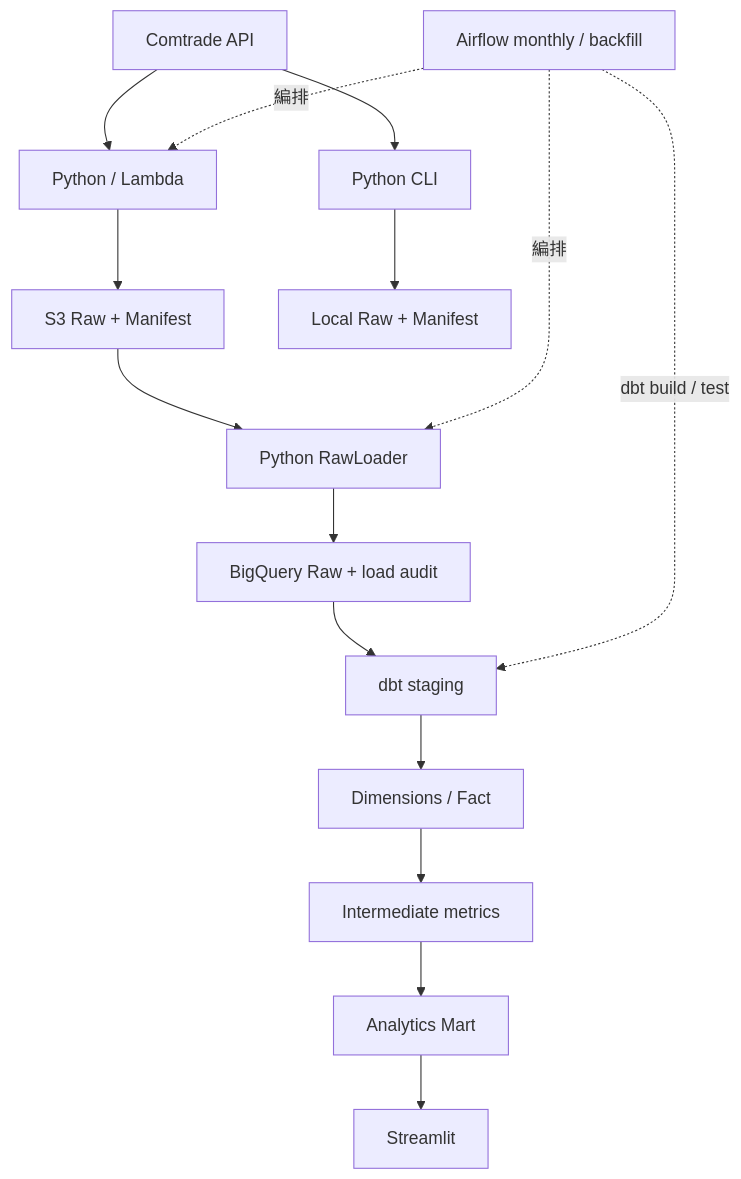
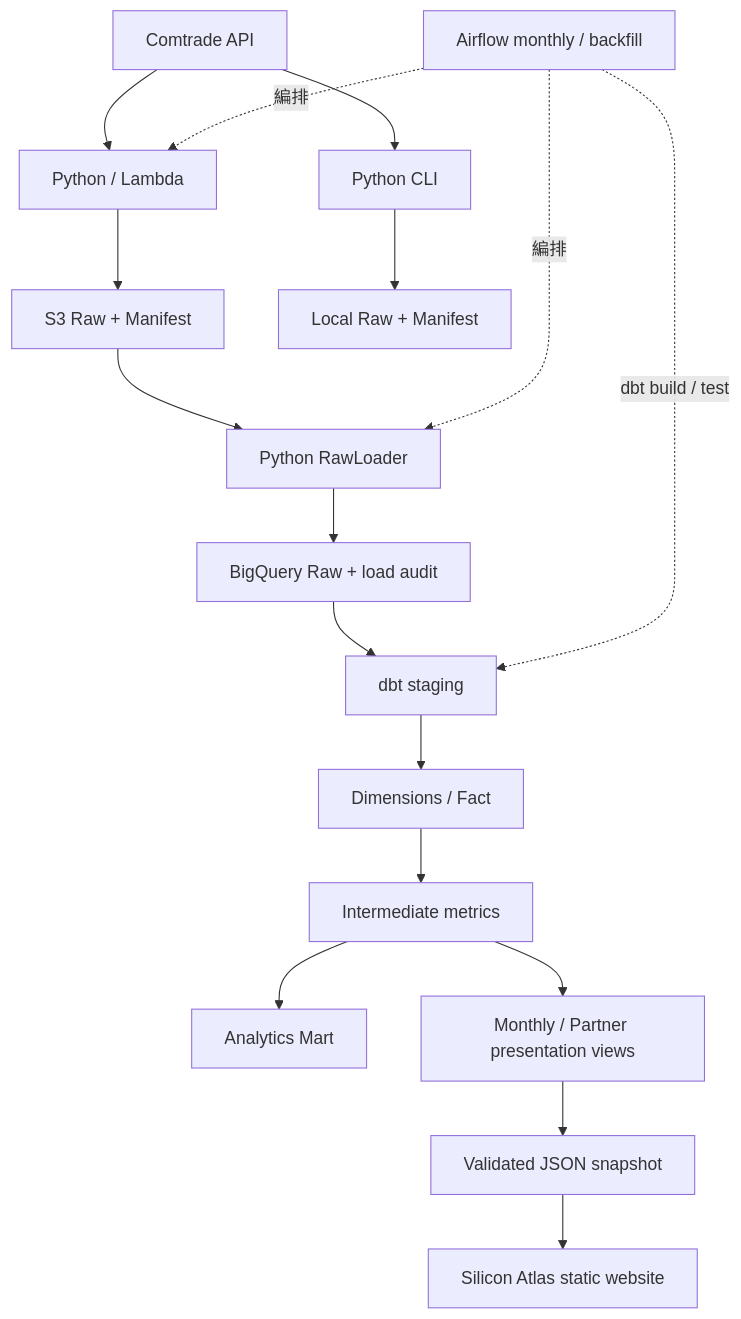
One commit to sunhua12/000-trade-analytics changed the first of 2 diagrams in README.md. Above: the diagram before and after it, drawn with Mermaid. The commit also changed other lines of this file and 70 other files, not shown here.

Commit message:
feat: replace Streamlit with static trade dashboard and JSON pipeline

````diff
--- a/README.md
+++ b/README.md
@@ -11,17 +13,19 @@
 ```mermaid
 flowchart TD
     API[Comtrade API] --> Lambda[Python / Lambda]
     API --> CLI[Python CLI]
     Lambda --> S3[S3 Raw + Manifest]
     CLI --> Local[Local Raw + Manifest]
     S3 --> Loader[Python RawLoader]
     Loader --> Raw[BigQuery Raw + load audit]
     Raw --> Staging[dbt staging]
     Staging --> Core[Dimensions / Fact]
     Core --> Metrics[Intermediate metrics]
     Metrics --> Mart[Analytics Mart]
-    Mart --> UI[Streamlit]
+    Metrics --> Presentation[Monthly / Partner presentation views]
+    Presentation --> JSON[Validated JSON snapshot]
+    JSON --> UI[Silicon Atlas static website]
     Airflow[Airflow monthly / backfill] -.編排.-> Lambda
     Airflow -.編排.-> Loader
     Airflow -.dbt build / test.-> Staging
 ```
````
